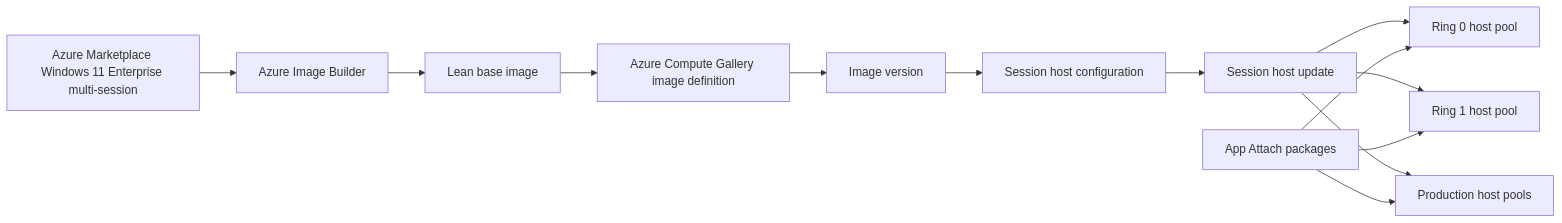
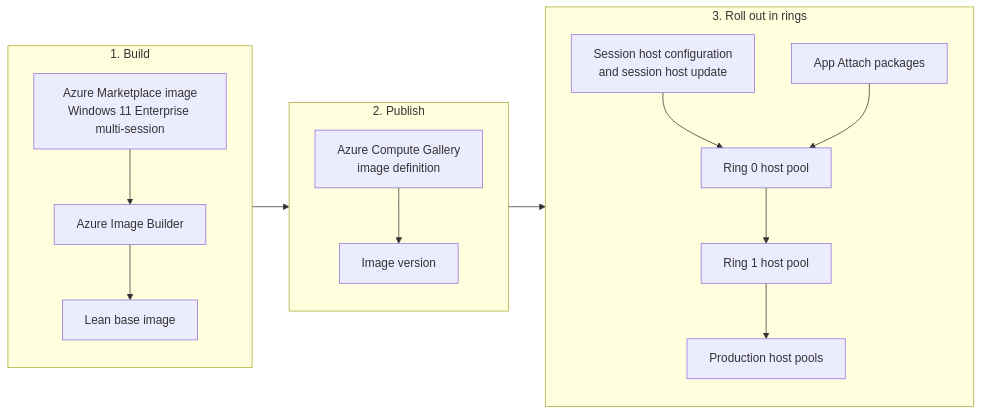
One commit to marckean/AVD-Reference_Architecture changed the diagram in docs/images/index.md. Above: the diagram before and after it, drawn with Mermaid. The commit also changed 21 other files, not shown here.

First line of the commit message:
Add the architecture diagram and make every diagram readable

````diff
--- a/docs/images/index.md
+++ b/docs/images/index.md
@@ -29,15 +29,18 @@
 ```mermaid
 flowchart LR
-    A["Azure Marketplace Windows 11 Enterprise multi-session"] --> B["Azure Image Builder"]
-    B --> C["Lean base image"]
-    C --> D["Azure Compute Gallery image definition"]
-    D --> E["Image version"]
-    E --> F["Session host configuration"]
-    F --> G["Session host update"]
-    G --> H["Ring 0 host pool"]
-    G --> I["Ring 1 host pool"]
-    G --> J["Production host pools"]
-    K["App Attach packages"] --> H
-    K --> I
-    K --> J
+    subgraph BUILD["1. Build"]
+        direction TB
+        A["Azure Marketplace image<br/>Windows 11 Enterprise multi-session"] --> B["Azure Image Builder"] --> C["Lean base image"]
+    end
+    subgraph PUBLISH["2. Publish"]
+        direction TB
+        D["Azure Compute Gallery<br/>image definition"] --> E["Image version"]
+    end
+    subgraph ROLL["3. Roll out in rings"]
+        direction TB
+        F["Session host configuration<br/>and session host update"] --> H["Ring 0 host pool"]
+        K["App Attach packages"] --> H
+        H --> I["Ring 1 host pool"] --> J["Production host pools"]
+    end
+    BUILD --> PUBLISH --> ROLL
 ```
````
